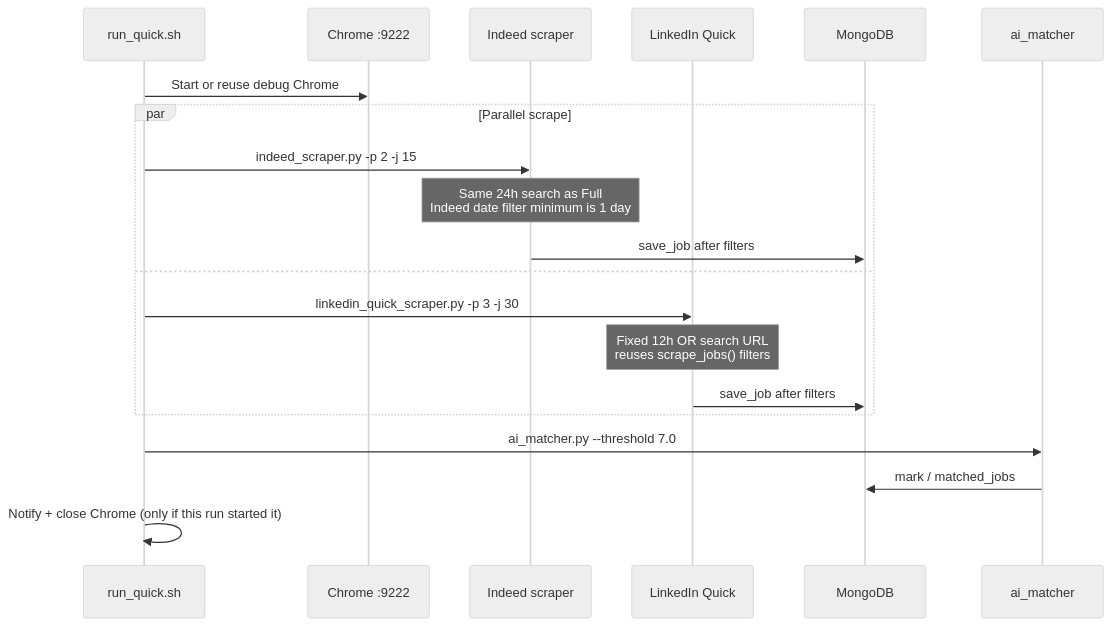
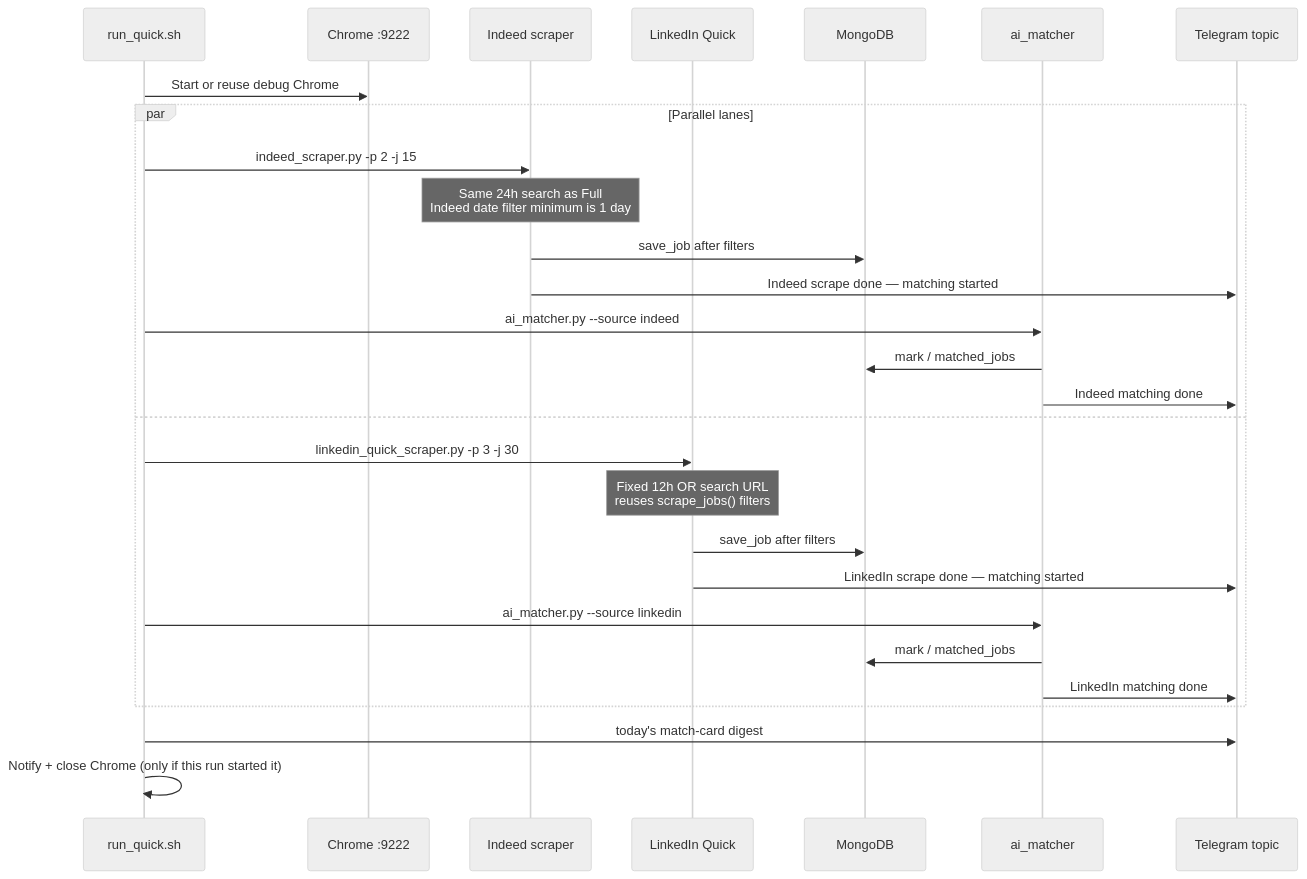
One commit to CarrieNong/job_scraper changed the third of 5 diagrams in docs/architecture.md. Above: the diagram before and after it, drawn with Mermaid (neutral theme). The commit also changed other lines of this file and 6 other files, not shown here.

First line of the commit message:
feat: send Telegram updates to the Job Assistance topic and match each source as it finishes

````diff
--- a/docs/architecture.md
+++ b/docs/architecture.md
@@ -170,23 +182,31 @@
 ```mermaid
 sequenceDiagram
     participant S as run_quick.sh
     participant C as Chrome :9222
     participant I as Indeed scraper
     participant Q as LinkedIn Quick
     participant DB as MongoDB
     participant AI as ai_matcher
+    participant TG as Telegram topic
 
     S->>C: Start or reuse debug Chrome
-    par Parallel scrape
+    par Parallel lanes
         S->>I: indeed_scraper.py -p 2 -j 15
         Note over I: Same 24h search as Full<br/>Indeed date filter minimum is 1 day
         I->>DB: save_job after filters
+        I->>TG: Indeed scrape done — matching started
+        S->>AI: ai_matcher.py --source indeed
+        AI->>DB: mark / matched_jobs
+        AI->>TG: Indeed matching done
     and
         S->>Q: linkedin_quick_scraper.py -p 3 -j 30
         Note over Q: Fixed 12h OR search URL<br/>reuses scrape_jobs() filters
         Q->>DB: save_job after filters
+        Q->>TG: LinkedIn scrape done — matching started
+        S->>AI: ai_matcher.py --source linkedin
+        AI->>DB: mark / matched_jobs
+        AI->>TG: LinkedIn matching done
     end
-    S->>AI: ai_matcher.py --threshold 7.0
-    AI->>DB: mark / matched_jobs
+    S->>TG: today's match-card digest
     S->>S: Notify + close Chrome (only if this run started it)
 ```
````
